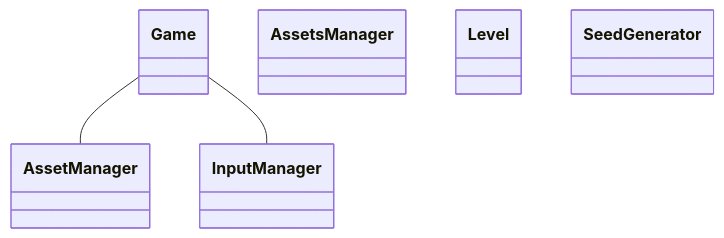
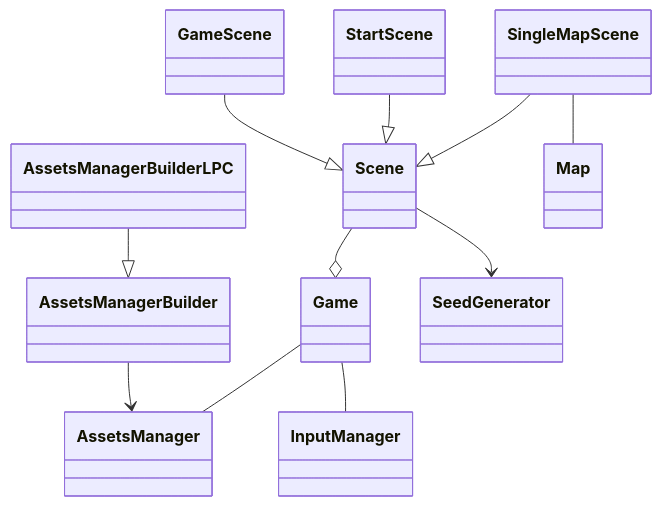
Before and after one commit to igorknop/pgclab: the diagram in docs/index.md, drawn with Mermaid. The commit also changed 6 other files, not shown here.

````diff
--- a/docs/index.md
+++ b/docs/index.md
@@ -10,19 +10,16 @@
 ```mermaid
 classDiagram
-    class Game {
-    }
-    class AssetsManager {
-    }
-    class InputManager {
-    }
-    class Level {
-
-    }
-    class SeedGenerator {
-
-    }
+    
+    AssetsManagerBuilder --> AssetsManager
+    AssetsManagerBuilderLPC --|> AssetsManagerBuilder
+    GameScene --|> Scene
+    StartScene --|> Scene
+    SingleMapScene --|> Scene
+    SingleMapScene -- Map
+    Scene --o Game
+    Scene --> SeedGenerator
 
     
-    Game -- AssetManager
+    Game -- AssetsManager
     Game -- InputManager
 ```
````
